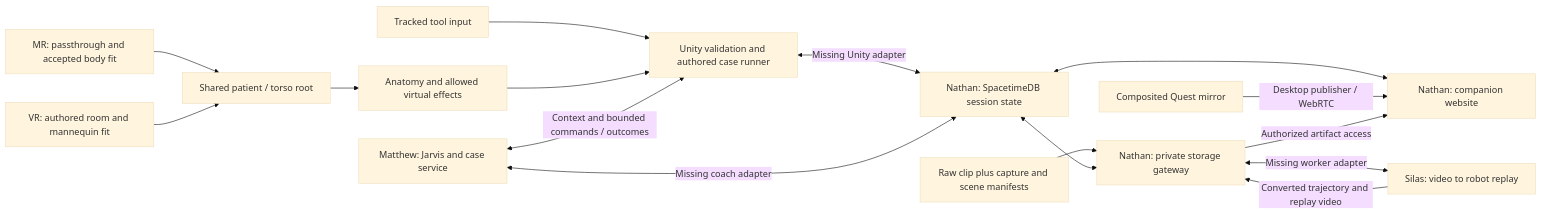
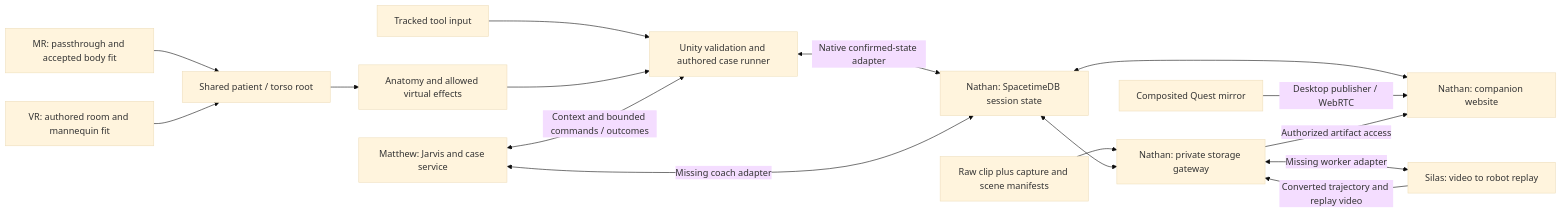
One commit to stephenhungg/scalpal changed the diagram in docs/system-integration.md. Above: the diagram before and after it, drawn with Mermaid (base theme). The commit also changed other lines of this file and 43 other files, not shown here.

Commit message:
Unify native Jarvis tools and verify consolidated session boundaries

````diff
--- a/docs/system-integration.md
+++ b/docs/system-integration.md
@@ -39,18 +41,18 @@
 ```mermaid
 flowchart LR
     M[MR: passthrough and accepted body fit] --> P[Shared patient / torso root]
     V[VR: authored room and mannequin fit] --> P
     P --> A[Anatomy and allowed virtual effects]
     T[Tracked tool input] --> E[Unity validation and authored case runner]
     A --> E
     J[Matthew: Jarvis and case service] <-->|Context and bounded commands / outcomes| E
-    E <-->|Missing Unity adapter| D[Nathan: SpacetimeDB session state]
+    E <-->|Native confirmed-state adapter| D[Nathan: SpacetimeDB session state]
     J <-->|Missing coach adapter| D
     D <--> C[Nathan: companion website]
     Q[Composited Quest mirror] -->|Desktop publisher / WebRTC| C
     R[Raw clip plus capture and scene manifests] --> G[Nathan: private storage gateway]
     D <--> G
     G <-->|Missing worker adapter| W[Silas: video to robot replay]
     W -->|Converted trajectory and replay video| G
     G -->|Authorized artifact access| C
 ```
````
